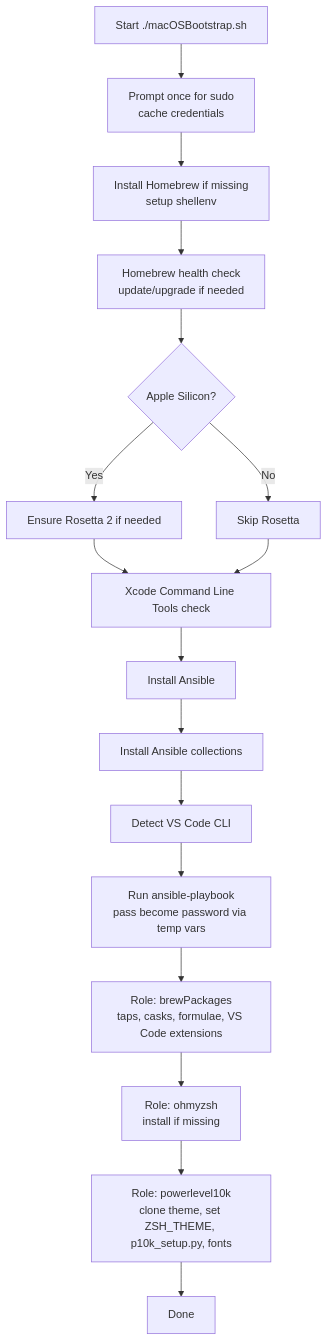
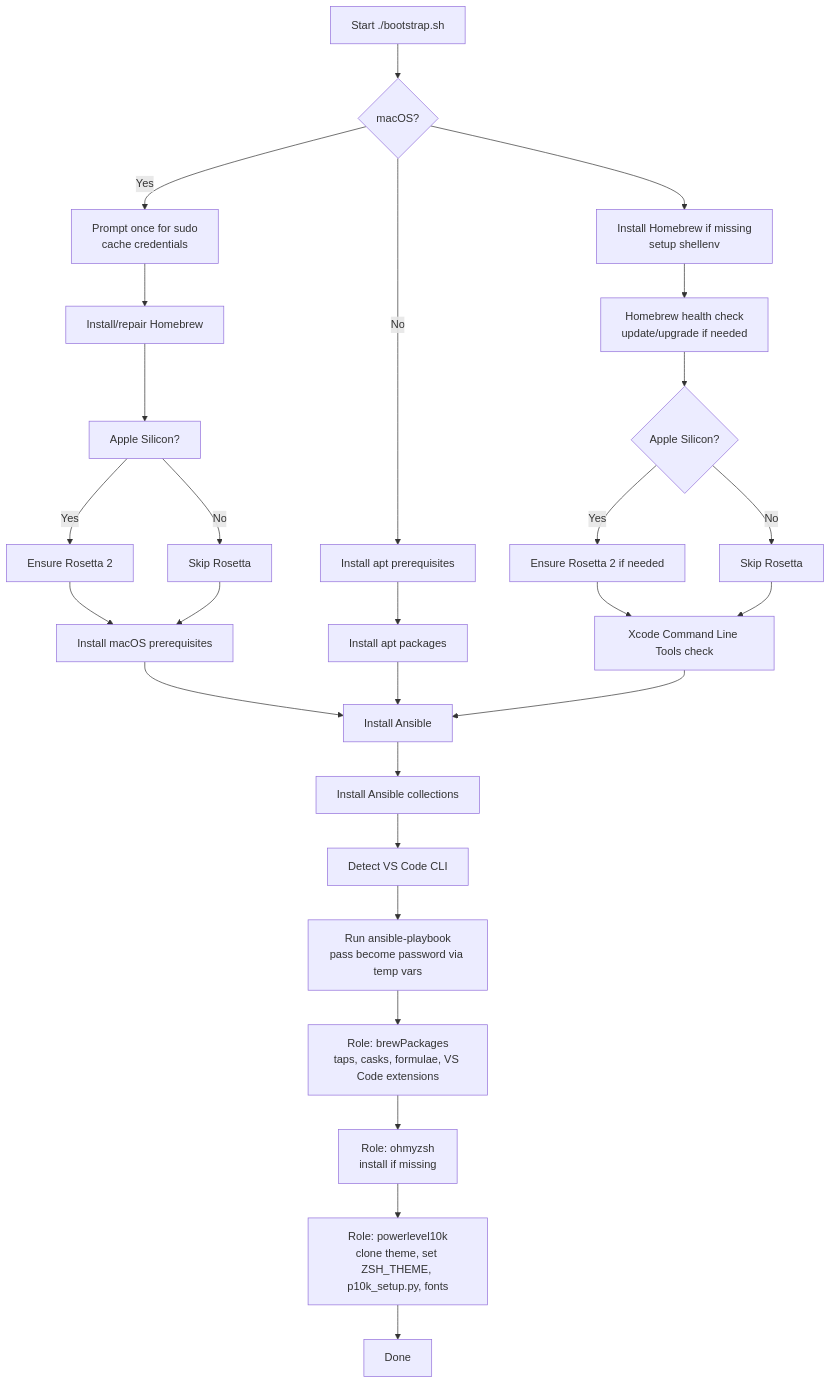
Before and after one commit to iamteedoh/compSetup: the diagram in README.md, drawn with Mermaid. The commit also changed other lines of this file and 10 other files, not shown here.

````diff
--- a/README.md
+++ b/README.md
@@ -85,19 +101,30 @@
 ```mermaid
 flowchart TD
-  A[Start ./macOSBootstrap.sh] --> B[Prompt once for sudo<br/>cache credentials]
+  A[Start ./bootstrap.sh] --> B{macOS?}
+  B -- Yes --> C1[Prompt once for sudo<br/>cache credentials]
+  C1 --> D1[Install/repair Homebrew]
+  D1 --> E1[Apple Silicon?]
+  E1 -- Yes --> F1[Ensure Rosetta 2]
+  E1 -- No --> G1[Skip Rosetta]
+  F1 --> H1[Install macOS prerequisites]
+  G1 --> H1
+  B -- No --> C2[Install apt prerequisites]
+  C2 --> H2[Install apt packages]
+  H1 --> I[Install Ansible + collections]
+  H2 --> I
   B --> C[Install Homebrew if missing<br/>setup shellenv]
   C --> D[Homebrew health check<br/>update/upgrade if needed]
   D --> E{Apple Silicon?}
   E -- Yes --> F[Ensure Rosetta 2 if needed]
   E -- No --> G[Skip Rosetta]
   F --> H[Xcode Command Line Tools check]
   G --> H[Xcode Command Line Tools check]
   H --> I[Install Ansible]
   I --> J[Install Ansible collections]
   J --> K[Detect VS Code CLI]
   K --> L[Run ansible-playbook<br/>pass become password via temp vars]
   L --> M[Role: brewPackages<br/>taps, casks, formulae, VS Code extensions]
   M --> N[Role: ohmyzsh<br/>install if missing]
   N --> O[Role: powerlevel10k<br/>clone theme, set ZSH_THEME, p10k_setup.py, fonts]
   O --> P[Done]
 ```
````
